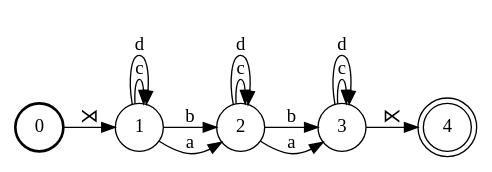
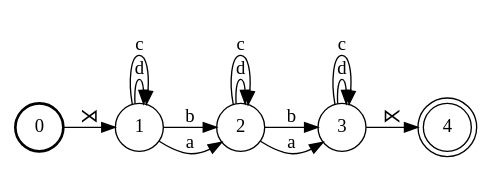
The diagram in demo/B.dot (colincwilson/wynini), drawn with Graphviz before and after one commit. The commit also changed other lines of this file and 5 other files, not shown here.

```diff
--- a/demo/B.dot
+++ b/demo/B.dot
@@ -1,25 +1,25 @@
 digraph FST {
 rankdir = LR;
 size = "8.5,11";
 center = 1;
 orientation = Portrait;
 ranksep = "0.4";
 nodesep = "0.25";
 0 [label = "0", shape = circle, style = bold, fontsize = 14]
 	0 -> 1 [label = "⋊", fontsize = 14];
 1 [label = "1", shape = circle, style = solid, fontsize = 14]
+	1 -> 1 [label = "d", fontsize = 14];
 	1 -> 1 [label = "c", fontsize = 14];
-	1 -> 1 [label = "d", fontsize = 14];
 	1 -> 2 [label = "b", fontsize = 14];
 	1 -> 2 [label = "a", fontsize = 14];
 2 [label = "2", shape = circle, style = solid, fontsize = 14]
+	2 -> 2 [label = "d", fontsize = 14];
 	2 -> 2 [label = "c", fontsize = 14];
-	2 -> 2 [label = "d", fontsize = 14];
 	2 -> 3 [label = "b", fontsize = 14];
 	2 -> 3 [label = "a", fontsize = 14];
 3 [label = "3", shape = circle, style = solid, fontsize = 14]
+	3 -> 3 [label = "d", fontsize = 14];
 	3 -> 3 [label = "c", fontsize = 14];
-	3 -> 3 [label = "d", fontsize = 14];
 	3 -> 4 [label = "⋉", fontsize = 14];
 4 [label = "4", shape = doublecircle, style = solid, fontsize = 14]
 }
```
